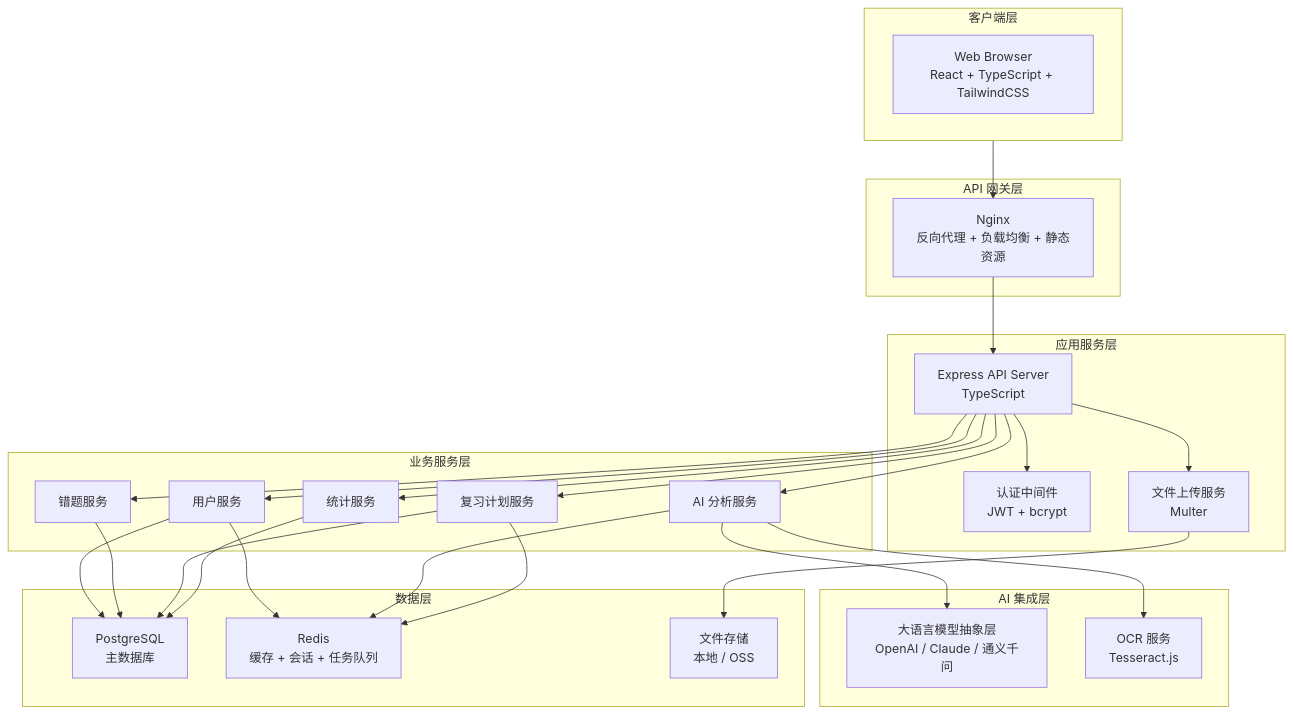
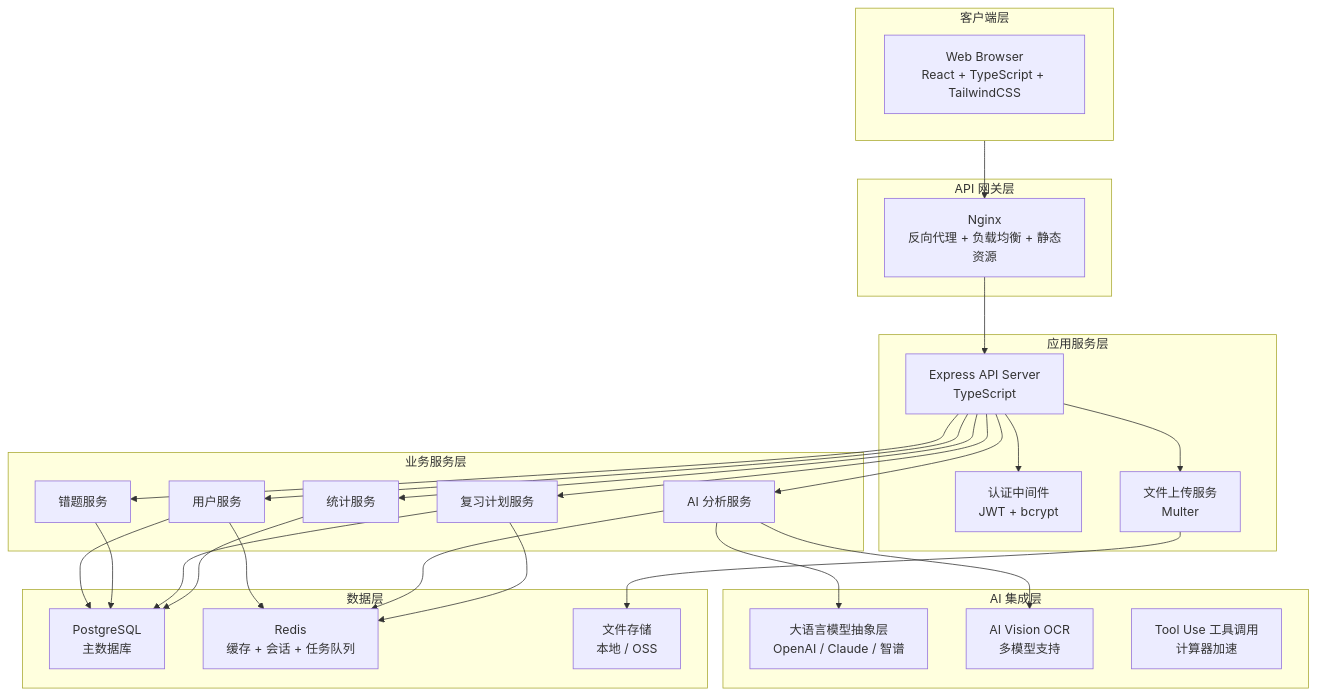
One commit to annbailing/mistake-hunter changed the first of 2 diagrams in docs/architecture/architecture.md. Above: the diagram before and after it, drawn with Mermaid. The commit also changed other lines of this file and 2 other files, not shown here.

Commit message:
文档

````diff
--- a/docs/architecture/architecture.md
+++ b/docs/architecture/architecture.md
@@ -9,59 +9,60 @@
 ```mermaid
 graph TB
     subgraph Client["客户端层"]
         WEB["Web Browser<br/>React + TypeScript + TailwindCSS"]
     end
 
     subgraph Gateway["API 网关层"]
         NGINX["Nginx<br/>反向代理 + 负载均衡 + 静态资源"]
     end
 
     subgraph AppLayer["应用服务层"]
         API["Express API Server<br/>TypeScript"]
         AUTH["认证中间件<br/>JWT + bcrypt"]
         UPLOAD["文件上传服务<br/>Multer"]
     end
 
     subgraph ServiceLayer["业务服务层"]
         USER_SVC["用户服务"]
         MISTAKE_SVC["错题服务"]
         AI_SVC["AI 分析服务"]
         REVIEW_SVC["复习计划服务"]
         STAT_SVC["统计服务"]
     end
 
     subgraph AI["AI 集成层"]
-        LLM["大语言模型抽象层<br/>OpenAI / Claude / 通义千问"]
-        OCR["OCR 服务<br/>Tesseract.js"]
+        LLM["大语言模型抽象层<br/>OpenAI / Claude / 智谱"]
+        OCR["AI Vision OCR<br/>多模型支持"]
+        TOOL["Tool Use 工具调用<br/>计算器加速"]
     end
 
     subgraph DataLayer["数据层"]
         PG["PostgreSQL<br/>主数据库"]
         REDIS["Redis<br/>缓存 + 会话 + 任务队列"]
         FILE["文件存储<br/>本地 / OSS"]
     end
 
     Client --> NGINX
     NGINX --> API
     API --> AUTH
     API --> UPLOAD
     API --> USER_SVC
     API --> MISTAKE_SVC
     API --> AI_SVC
     API --> REVIEW_SVC
     API --> STAT_SVC
 
     AI_SVC --> LLM
     AI_SVC --> OCR
 
     USER_SVC --> PG
     MISTAKE_SVC --> PG
     REVIEW_SVC --> PG
     STAT_SVC --> PG
 
     USER_SVC --> REDIS
     AI_SVC --> REDIS
     REVIEW_SVC --> REDIS
 
     UPLOAD --> FILE
 ```
````
